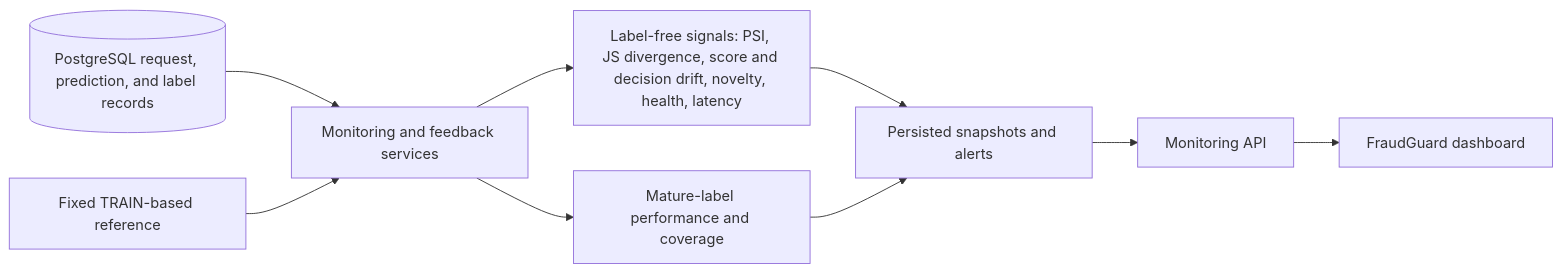
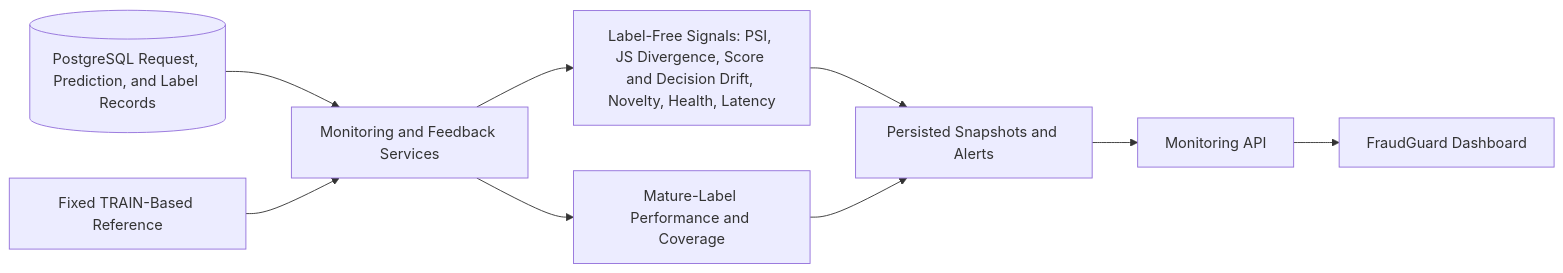
One commit to marwan-sitten60/fraud-detection-risk-decisioning-system changed the fourth of 5 diagrams in docs/architecture.md. Above: the diagram before and after it, drawn with Mermaid. The commit also changed other lines of this file and 1 other file, not shown here.

Commit message:
docs: fix GitHub Mermaid architecture rendering

````diff
--- a/docs/architecture.md
+++ b/docs/architecture.md
@@ -64,11 +64,11 @@
 ```mermaid
 flowchart LR
-    DB[(PostgreSQL request, prediction, and label records)] --> MF[Monitoring and feedback services]
-    REF[Fixed TRAIN-based reference] --> MF
-    MF --> LF[Label-free signals: PSI, JS divergence, score and decision drift, novelty, health, latency]
-    MF --> ML[Mature-label performance and coverage]
-    LF --> SNAP[Persisted snapshots and alerts]
+    DB[("PostgreSQL Request, Prediction, and Label Records")] --> MF["Monitoring and Feedback Services"]
+    REF["Fixed TRAIN-Based Reference"] --> MF
+    MF --> LF["Label-Free Signals: PSI, JS Divergence, Score and Decision Drift, Novelty, Health, Latency"]
+    MF --> ML["Mature-Label Performance and Coverage"]
+    LF --> SNAP["Persisted Snapshots and Alerts"]
     ML --> SNAP
-    SNAP --> API[Monitoring API]
-    API --> DASH[FraudGuard dashboard]
+    SNAP --> API["Monitoring API"]
+    API --> DASH["FraudGuard Dashboard"]
 ```
````
